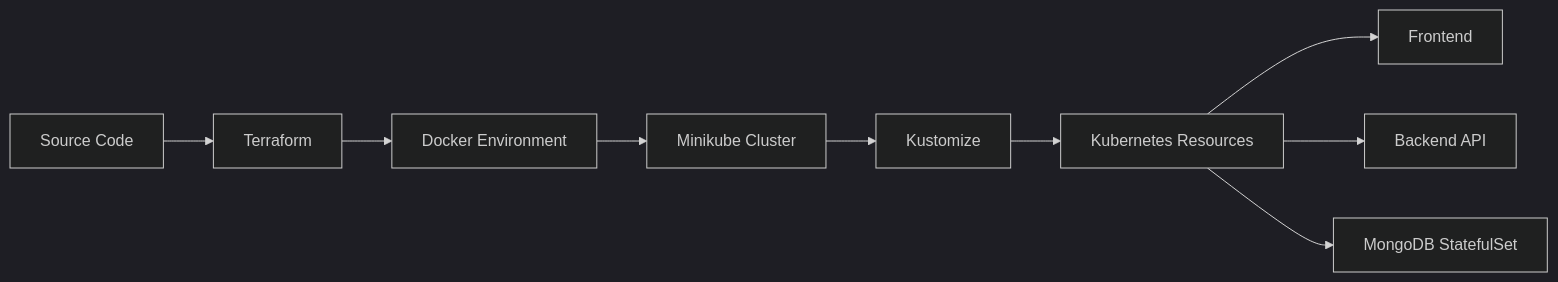
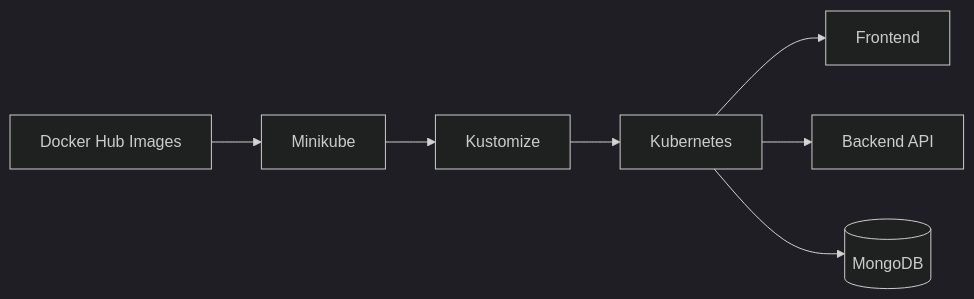
The second of 2 diagrams in README.md (burdaJeka/mern-iac-k8s), drawn with Mermaid (dark theme) before and after one commit. The commit also changed other lines of this file, not shown here.

````diff
--- a/README.md
+++ b/README.md
@@ -308,19 +365,14 @@
 ```mermaid
 flowchart LR
 
-A[Source Code] --> B[Terraform]
+A[Docker Hub Images]
+--> B[Minikube]
 
-B --> C[Docker Environment]
+B --> C[Kustomize]
 
-C --> D[Minikube Cluster]
+C --> D[Kubernetes]
 
-D --> E[Kustomize]
-
-E --> F[Kubernetes Resources]
-
-F --> G[Frontend]
-
-F --> H[Backend API]
-
-F --> I[MongoDB StatefulSet]
+D --> E[Frontend]
+D --> F[Backend API]
+D --> G[(MongoDB)]
 ```
````
